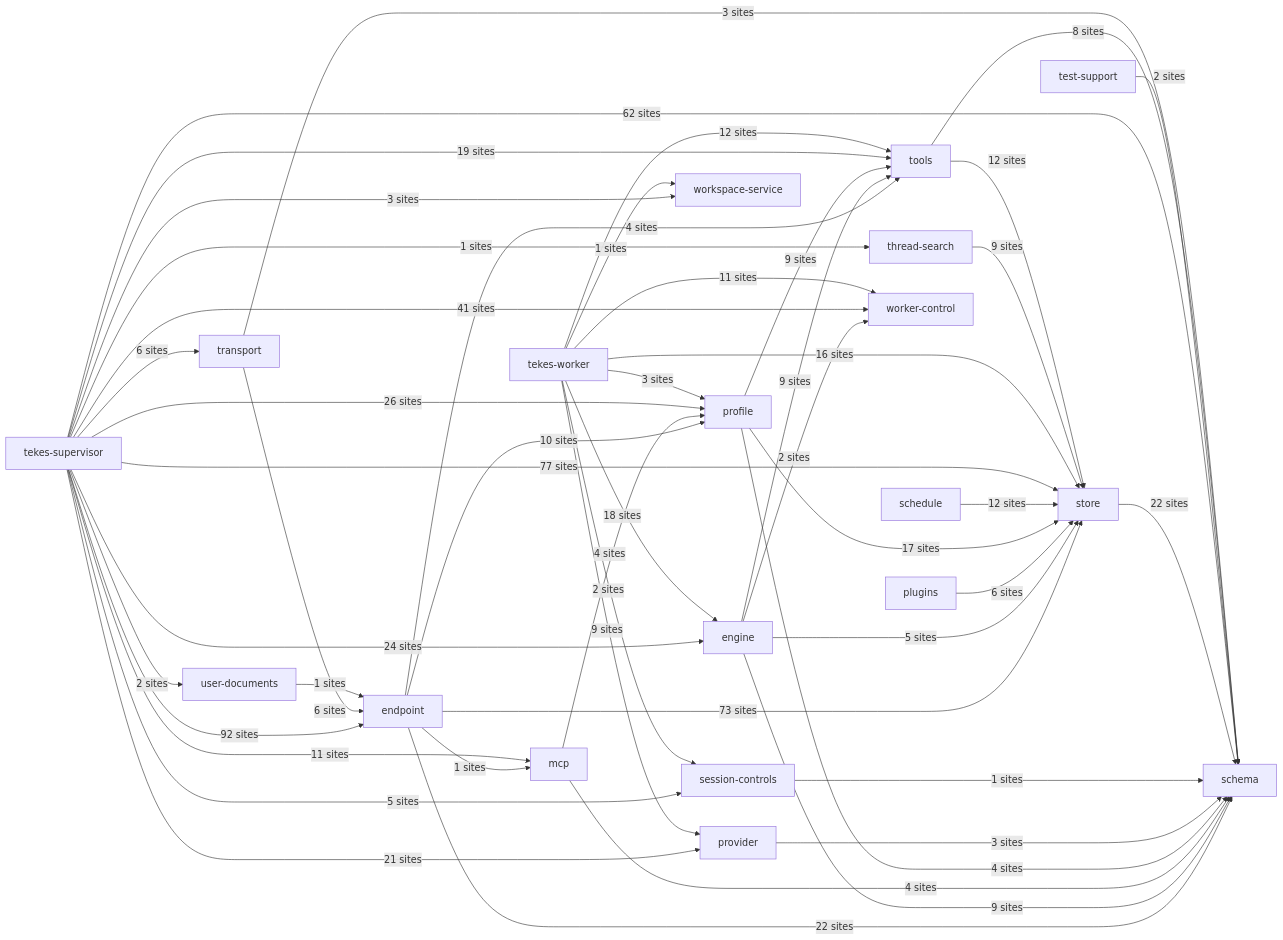
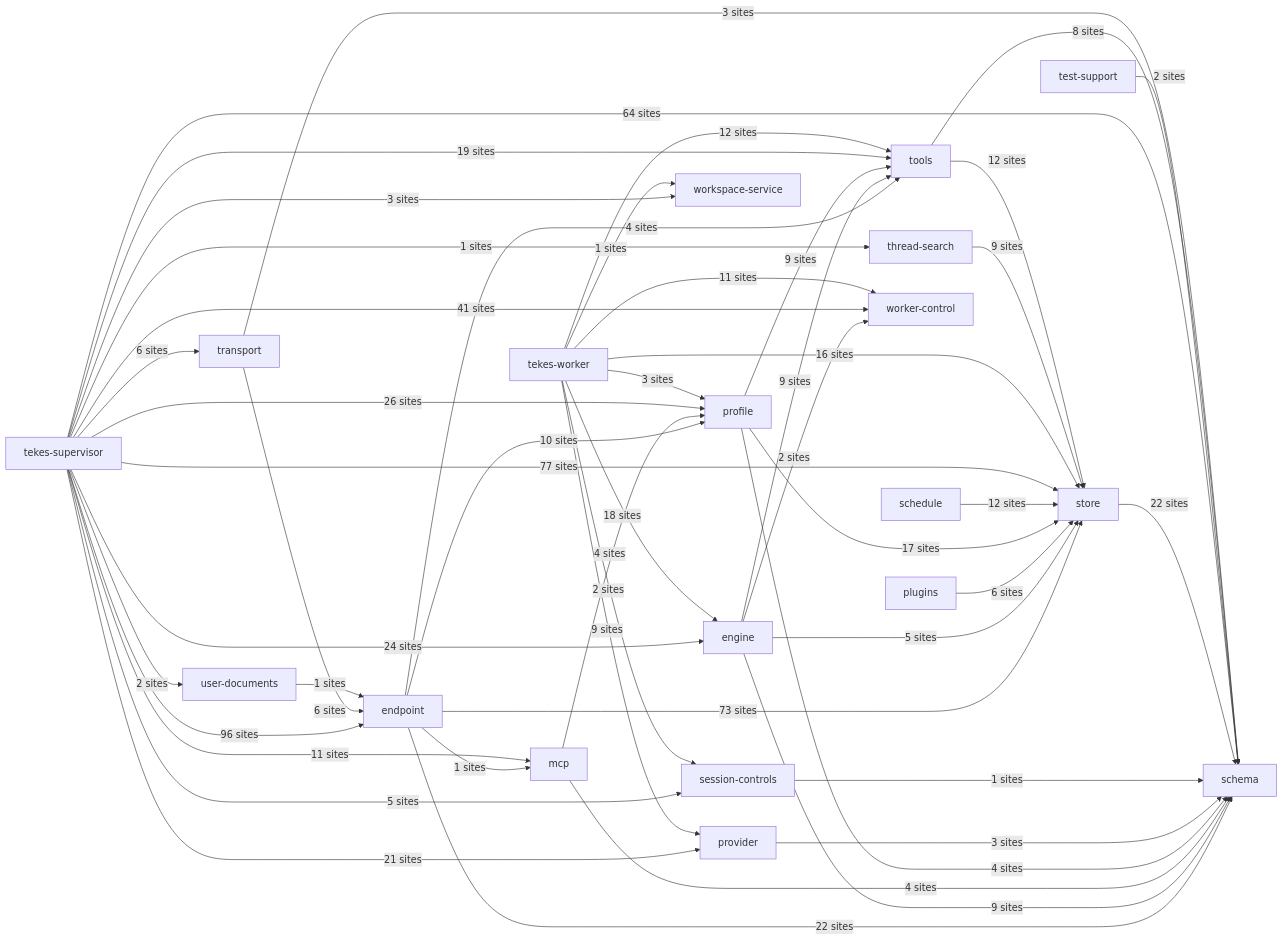
The second of 2 diagrams in docs/architecture/generated/index.md (TekesApps/TekesKernel), drawn with Mermaid before and after one commit. The commit also changed other lines of this file and 48 other files, not shown here.

````diff
--- a/docs/architecture/generated/index.md
+++ b/docs/architecture/generated/index.md
@@ -149,70 +149,70 @@
 ```mermaid
 flowchart LR
   p1["endpoint"]
   p2["engine"]
   p4["mcp"]
   p5["plugins"]
   p6["profile"]
   p7["provider"]
   p8["schedule"]
   p9["schema"]
   p10["session-controls"]
   p11["store"]
   p12["tekes-supervisor"]
   p13["tekes-worker"]
   p14["test-support"]
   p15["thread-search"]
   p16["tools"]
   p17["transport"]
   p18["user-documents"]
   p19["worker-control"]
   p20["workspace-service"]
   p1 -->|"1 sites"| p4
   p1 -->|"10 sites"| p6
   p1 -->|"22 sites"| p9
   p1 -->|"73 sites"| p11
   p1 -->|"4 sites"| p16
   p2 -->|"9 sites"| p9
   p2 -->|"5 sites"| p11
   p2 -->|"9 sites"| p16
   p2 -->|"2 sites"| p19
   p4 -->|"4 sites"| p6
   p4 -->|"4 sites"| p9
   p5 -->|"6 sites"| p11
   p6 -->|"4 sites"| p9
   p6 -->|"17 sites"| p11
   p6 -->|"9 sites"| p16
   p7 -->|"3 sites"| p9
   p8 -->|"12 sites"| p11
   p10 -->|"1 sites"| p9
   p11 -->|"22 sites"| p9
-  p12 -->|"92 sites"| p1
+  p12 -->|"96 sites"| p1
   p12 -->|"24 sites"| p2
   p12 -->|"11 sites"| p4
   p12 -->|"26 sites"| p6
   p12 -->|"21 sites"| p7
-  p12 -->|"62 sites"| p9
+  p12 -->|"64 sites"| p9
   p12 -->|"5 sites"| p10
   p12 -->|"77 sites"| p11
   p12 -->|"1 sites"| p15
   p12 -->|"19 sites"| p16
   p12 -->|"6 sites"| p17
   p12 -->|"2 sites"| p18
   p12 -->|"41 sites"| p19
   p12 -->|"3 sites"| p20
   p13 -->|"18 sites"| p2
   p13 -->|"3 sites"| p6
   p13 -->|"9 sites"| p7
   p13 -->|"2 sites"| p10
   p13 -->|"16 sites"| p11
   p13 -->|"12 sites"| p16
   p13 -->|"11 sites"| p19
   p13 -->|"1 sites"| p20
   p14 -->|"2 sites"| p9
   p15 -->|"9 sites"| p11
   p16 -->|"8 sites"| p9
   p16 -->|"12 sites"| p11
   p17 -->|"6 sites"| p1
   p17 -->|"3 sites"| p9
   p18 -->|"1 sites"| p1
 ```
````
